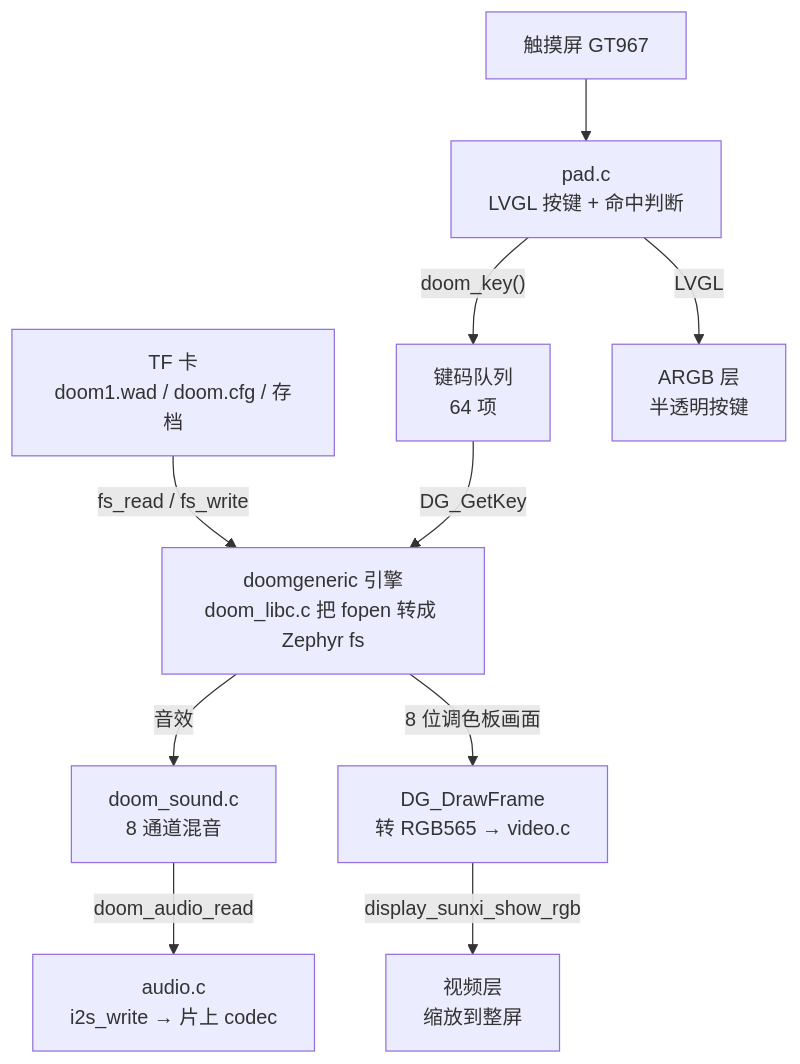
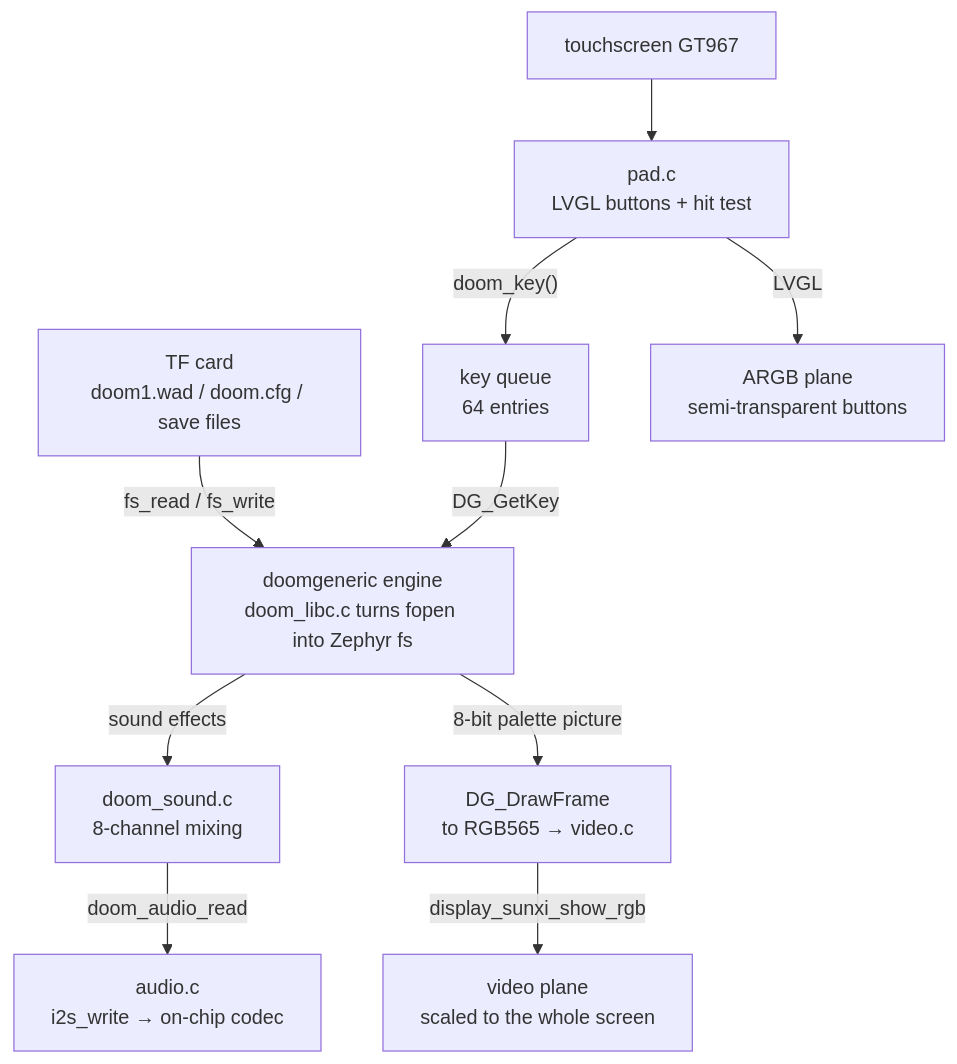
The first of 2 diagrams in docs/src/content/docs/dev/zephyr/apps/doom.md (YuzukiHD/YuzukiNeko), drawn with Mermaid before and after one commit. The commit also changed other lines of this file and 216 other files, not shown here.

````diff
--- a/docs/src/content/docs/dev/zephyr/apps/doom.md
+++ b/docs/src/content/docs/dev/zephyr/apps/doom.md
@@ -7,12 +7,12 @@
 ```mermaid
 flowchart TB
-    SD["TF 卡<br/>doom1.wad / doom.cfg / 存档"] -->|"fs_read / fs_write"| ENG["doomgeneric 引擎<br/>doom_libc.c 把 fopen 转成 Zephyr fs"]
-    TOUCH["触摸屏 GT967"] --> PAD["pad.c<br/>LVGL 按键 + 命中判断"]
-    PAD -->|"doom_key()"| KQ["键码队列<br/>64 项"]
-    PAD -->|"LVGL"| ARGB["ARGB 层<br/>半透明按键"]
+    SD["TF card<br/>doom1.wad / doom.cfg / save files"] -->|"fs_read / fs_write"| ENG["doomgeneric engine<br/>doom_libc.c turns fopen into Zephyr fs"]
+    TOUCH["touchscreen GT967"] --> PAD["pad.c<br/>LVGL buttons + hit test"]
+    PAD -->|"doom_key()"| KQ["key queue<br/>64 entries"]
+    PAD -->|"LVGL"| ARGB["ARGB plane<br/>semi-transparent buttons"]
     KQ -->|"DG_GetKey"| ENG
-    ENG -->|"音效"| MIX["doom_sound.c<br/>8 通道混音"]
-    ENG -->|"8 位调色板画面"| DRAW["DG_DrawFrame<br/>转 RGB565 → video.c"]
-    MIX -->|"doom_audio_read"| AUD["audio.c<br/>i2s_write → 片上 codec"]
-    DRAW -->|"display_sunxi_show_rgb"| PLANE["视频层<br/>缩放到整屏"]
+    ENG -->|"sound effects"| MIX["doom_sound.c<br/>8-channel mixing"]
+    ENG -->|"8-bit palette picture"| DRAW["DG_DrawFrame<br/>to RGB565 → video.c"]
+    MIX -->|"doom_audio_read"| AUD["audio.c<br/>i2s_write → on-chip codec"]
+    DRAW -->|"display_sunxi_show_rgb"| PLANE["video plane<br/>scaled to the whole screen"]
 ```
````
